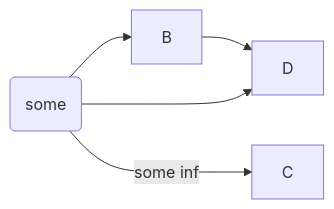
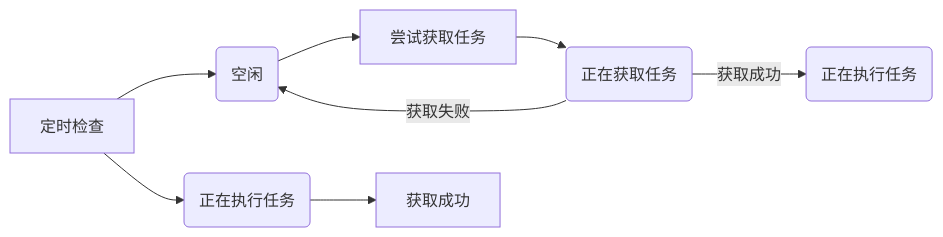
Before and after one commit to 15125505/doc: the first of 7 diagrams in docs/crx/flow.md, drawn with Mermaid. The commit also changed other lines of this file, not shown here.

Commit message:
修改：测试一下mermaid流程图。

````diff
--- a/docs/crx/flow.md
+++ b/docs/crx/flow.md
@@ -8,10 +29,10 @@
 ```mermaid
 graph LR
 
-A(some)-->B
-A--some info-->C
-B-->D
-A-->D
+D[定时检查]-->A(空闲)-->E[尝试获取任务]-->B(正在获取任务)
+B--获取成功-->C(正在执行任务)
+B--获取失败-->A
+D-->C1("正在执行任务")-->获取成功
 
 
 ```
````
